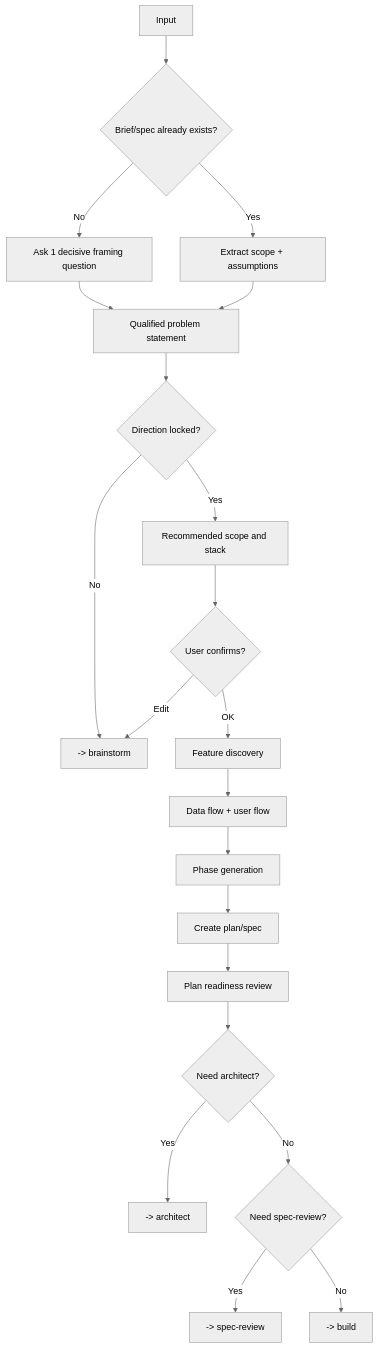
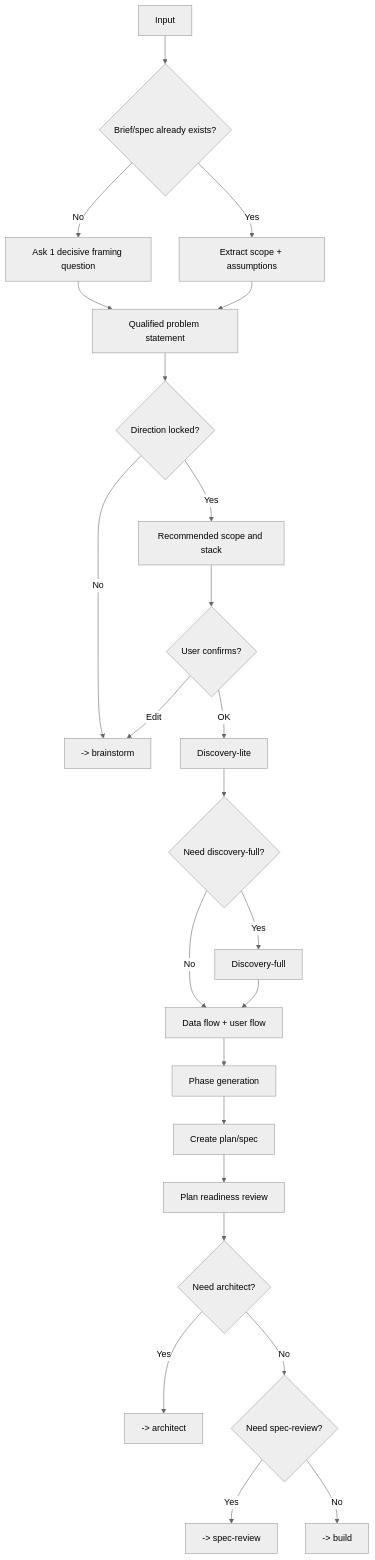
Before and after one commit to nguyenphat57/forge: the diagram in packages/forge-core/workflows/design/plan.md, drawn with Mermaid (neutral theme). The commit also changed other lines of this file and 2 other files, not shown here.

Commit message:
feat(forge-core): promote visualize for ui medium work

````diff
--- a/packages/forge-core/workflows/design/plan.md
+++ b/packages/forge-core/workflows/design/plan.md
@@ -42,23 +43,26 @@
 ```mermaid
 flowchart TD
     A[Input] --> B{Brief/spec already exists?}
     B -->|Yes| C[Extract scope + assumptions]
     B -->|No| D[Ask 1 decisive framing question]
     D --> E[Qualified problem statement]
     C --> E
     E --> F{Direction locked?}
     F -->|No| G[-> brainstorm]
     F -->|Yes| H[Recommended scope and stack]
     H --> I{User confirms?}
     I -->|Edit| G
-    I -->|OK| J[Feature discovery]
-    J --> K[Data flow + user flow]
-    K --> L[Phase generation]
-    L --> M[Create plan/spec]
-    M --> N[Plan readiness review]
-    N --> O{Need architect?}
-    O -->|Yes| P[-> architect]
-    O -->|No| Q{Need spec-review?}
-    Q -->|Yes| R[-> spec-review]
-    Q -->|No| S[-> build]
+    I -->|OK| J[Discovery-lite]
+    J --> K{Need discovery-full?}
+    K -->|Yes| L[Discovery-full]
+    K -->|No| M[Data flow + user flow]
+    L --> M
+    M --> N[Phase generation]
+    N --> O[Create plan/spec]
+    O --> P[Plan readiness review]
+    P --> Q{Need architect?}
+    Q -->|Yes| R[-> architect]
+    Q -->|No| S{Need spec-review?}
+    S -->|Yes| T[-> spec-review]
+    S -->|No| U[-> build]
 ```
````
